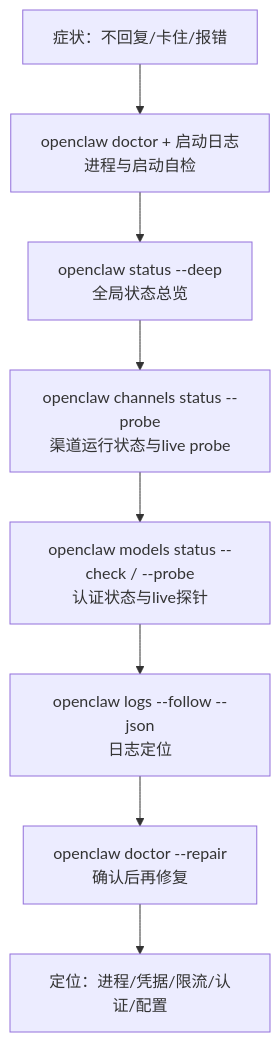
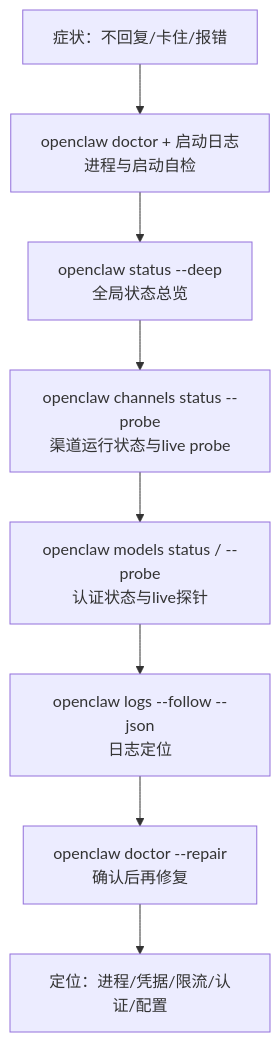
One commit to yeasy/openclaw_guide changed the diagram in 03_minimal_loop/3.2_diagnostics.md. Above: the diagram before and after it, drawn with Mermaid. The commit also changed other lines of this file and 53 other files, not shown here.

````diff
--- a/03_minimal_loop/3.2_diagnostics.md
+++ b/03_minimal_loop/3.2_diagnostics.md
@@ -20,10 +20,10 @@
 ```mermaid
 flowchart TD
     Start["症状：不回复/卡住/报错"] --> S1["openclaw doctor + 启动日志<br/>进程与启动自检"]
     S1 --> S1a["openclaw status --deep<br/>全局状态总览"]
     S1a --> S2["openclaw channels status --probe<br/>渠道运行状态与live probe"]
-    S2 --> S3["openclaw models status --check / --probe<br/>认证状态与live探针"]
+    S2 --> S3["openclaw models status / --probe<br/>认证状态与live探针"]
     S3 --> S4["openclaw logs --follow --json<br/>日志定位"]
     S4 --> Fix["openclaw doctor --repair<br/>确认后再修复"]
     Fix --> End["定位：进程/凭据/限流/认证/配置"]
 ```
````
